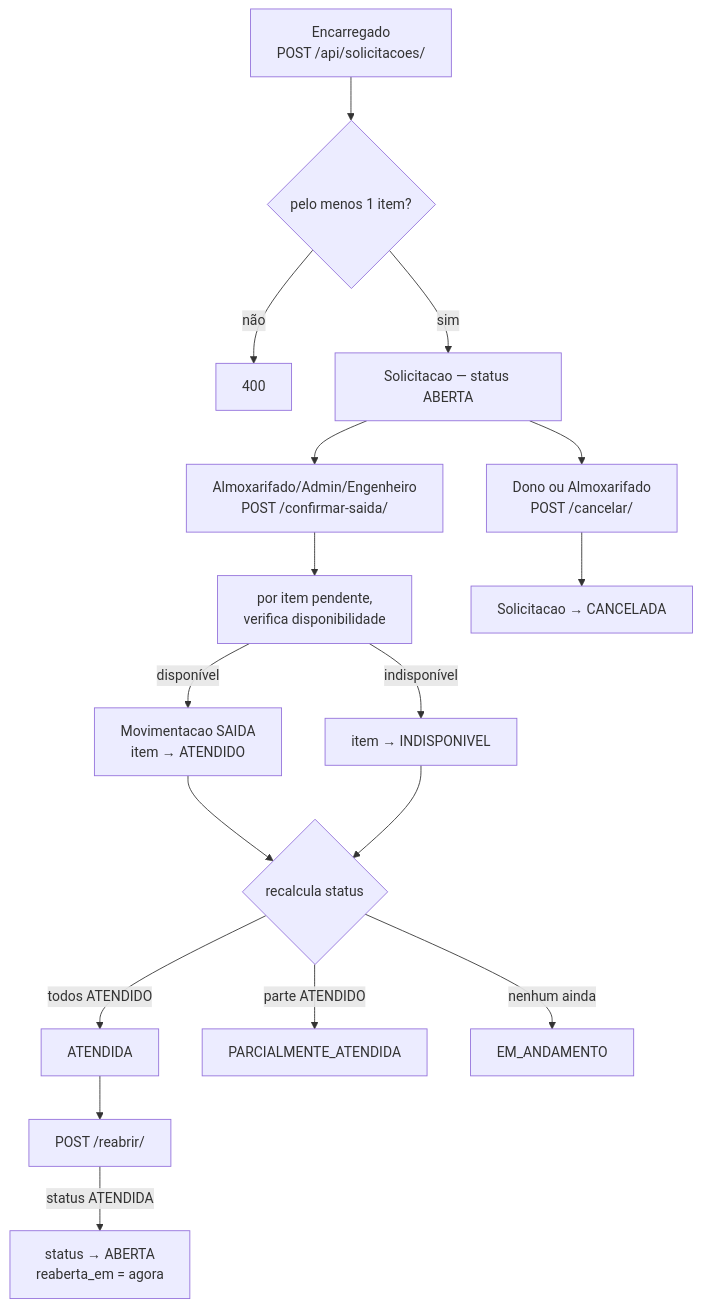
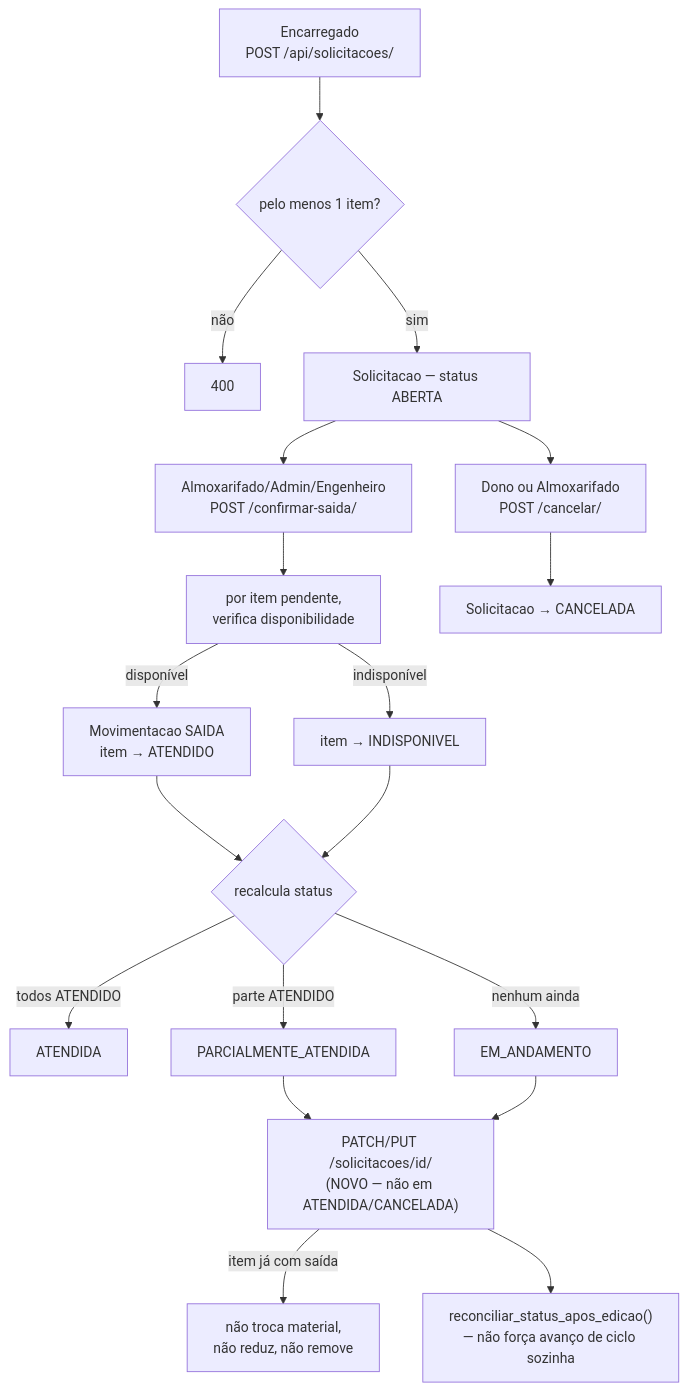
The fifth of 8 diagrams in DOCUMENTACAO_TECNICA.md (deborahohannedev/engemil), drawn with Mermaid before and after one commit. The commit also changed other lines of this file, not shown here.

````diff
--- a/DOCUMENTACAO_TECNICA.md
+++ b/DOCUMENTACAO_TECNICA.md
@@ -404,19 +430,21 @@
 ```mermaid
 flowchart TD
     A["Encarregado\nPOST /api/solicitacoes/"] --> B{"pelo menos 1 item?"}
     B -->|não| B1[400]
     B -->|sim| C["Solicitacao — status ABERTA"]
     C --> D["Almoxarifado/Admin/Engenheiro\nPOST /confirmar-saida/"]
     D --> E["por item pendente,\nverifica disponibilidade"]
     E -->|disponível| F["Movimentacao SAIDA\nitem → ATENDIDO"]
     E -->|indisponível| G["item → INDISPONIVEL"]
     F --> H{recalcula status}
     G --> H
     H -->|todos ATENDIDO| H1[ATENDIDA]
     H -->|parte ATENDIDO| H2[PARCIALMENTE_ATENDIDA]
     H -->|nenhum ainda| H3[EM_ANDAMENTO]
     C --> K["Dono ou Almoxarifado\nPOST /cancelar/"]
     K --> K1["Solicitacao → CANCELADA"]
-    H1 --> R["POST /reabrir/"]
-    R -->|status ATENDIDA| R3["status → ABERTA\nreaberta_em = agora"]
+    H2 --> ED["PATCH/PUT /solicitacoes/id/\n(NOVO — não em ATENDIDA/CANCELADA)"]
+    H3 --> ED
+    ED -->|"item já com saída"| ED1["não troca material,\nnão reduz, não remove"]
+    ED --> ED2["reconciliar_status_apos_edicao()\n— não força avanço de ciclo sozinha"]
 ```
````
